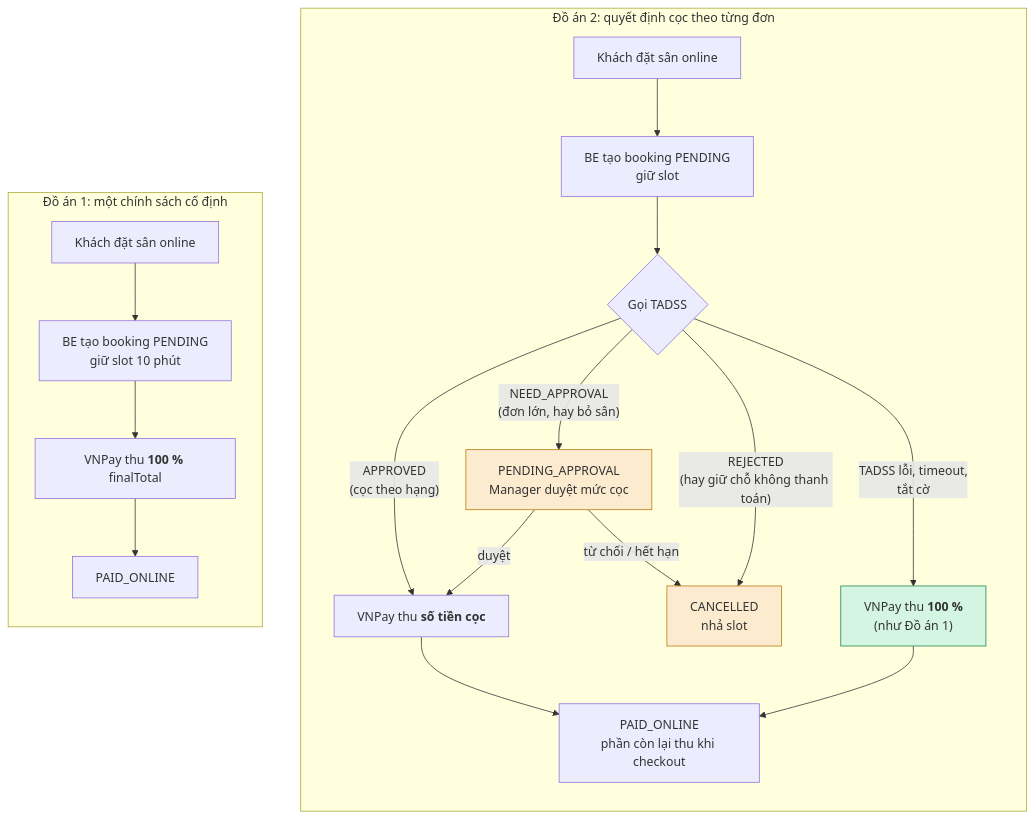
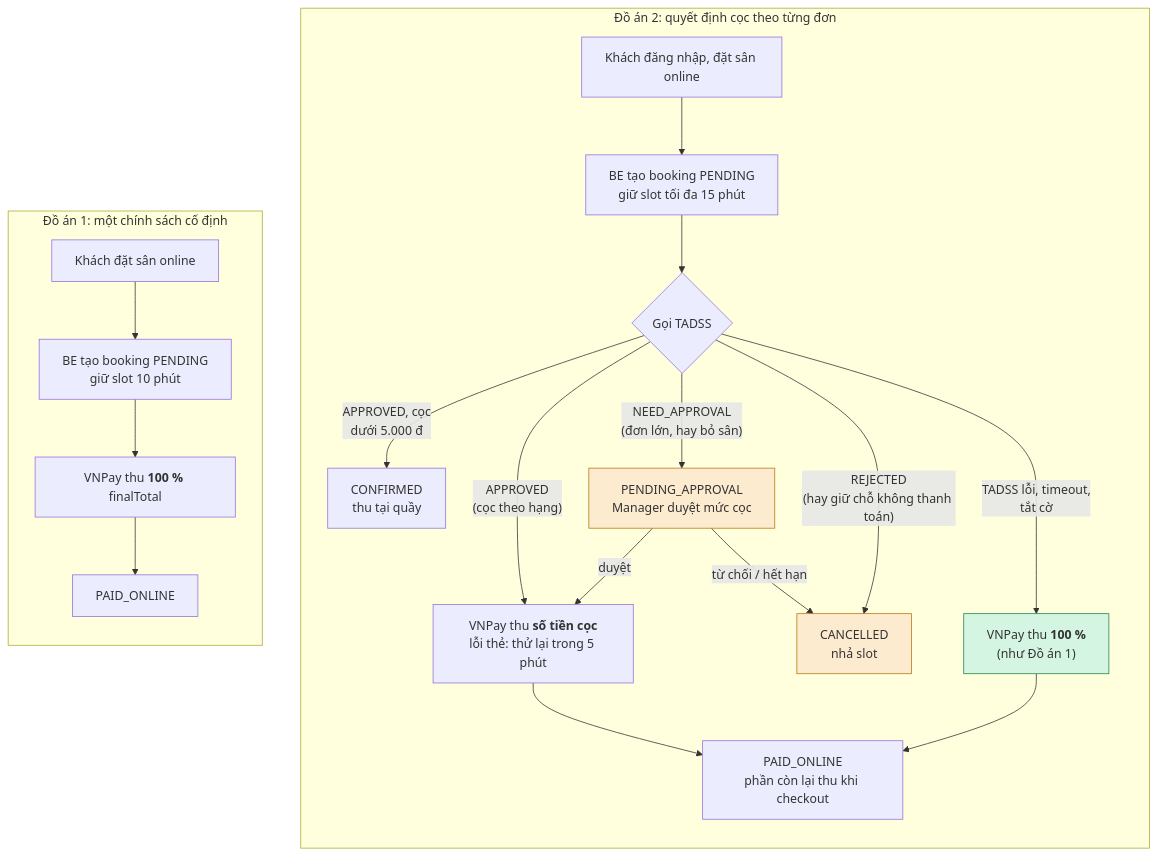
Before and after one commit to NguyenThanhTrung-N2T/TrustworthyAdaptiveDecisionSupportSystem-TADSS: the third of 5 diagrams in docs/report/ARCHITECTURE_DIAGRAMS.md, drawn with Mermaid. The commit also changed other lines of this file and 9 other files, not shown here.

Commit message:
docs: align Phase 6 design and report docs (login-only online booking, 15-min hold, cancel_reason, payment/cancel sequences)

````diff
--- a/docs/report/ARCHITECTURE_DIAGRAMS.md
+++ b/docs/report/ARCHITECTURE_DIAGRAMS.md
@@ -131,30 +131,31 @@
 ```mermaid
 flowchart LR
     subgraph DA1["Đồ án 1: một chính sách cố định"]
         direction TB
         a1["Khách đặt sân online"] --> a2["BE tạo booking PENDING<br/>giữ slot 10 phút"]
         a2 --> a3["VNPay thu <b>100 %</b> finalTotal"]
         a3 --> a4["PAID_ONLINE"]
     end
 
     subgraph DA2["Đồ án 2: quyết định cọc theo từng đơn"]
         direction TB
-        b1["Khách đặt sân online"] --> b2["BE tạo booking PENDING<br/>giữ slot"]
+        b1["Khách đăng nhập, đặt sân online"] --> b2["BE tạo booking PENDING<br/>giữ slot tối đa 15 phút"]
         b2 --> b3{"Gọi TADSS"}
-        b3 -- "APPROVED<br/>(cọc theo hạng)" --> b4["VNPay thu <b>số tiền cọc</b>"]
+        b3 -- "APPROVED<br/>(cọc theo hạng)" --> b4["VNPay thu <b>số tiền cọc</b><br/>lỗi thẻ: thử lại trong 5 phút"]
+        b3 -- "APPROVED, cọc<br/>dưới 5.000 đ" --> b9["CONFIRMED<br/>thu tại quầy"]
         b3 -- "NEED_APPROVAL<br/>(đơn lớn, hay bỏ sân)" --> b5["PENDING_APPROVAL<br/>Manager duyệt mức cọc"]
         b5 -- "duyệt" --> b4
         b5 -- "từ chối / hết hạn" --> b7["CANCELLED<br/>nhả slot"]
         b3 -- "REJECTED<br/>(hay giữ chỗ không thanh toán)" --> b7
         b3 -- "TADSS lỗi, timeout,<br/>tắt cờ" --> b6["VNPay thu <b>100 %</b><br/>(như Đồ án 1)"]
         b4 --> b8["PAID_ONLINE<br/>phần còn lại thu khi checkout"]
         b6 --> b8
     end
 
     DA1 ~~~ DA2
 
     classDef risk fill:#fdebd0,stroke:#b9770e
     classDef same fill:#d5f5e3,stroke:#1e8449
     class b5,b7 risk
     class b6 same
 ```
````
